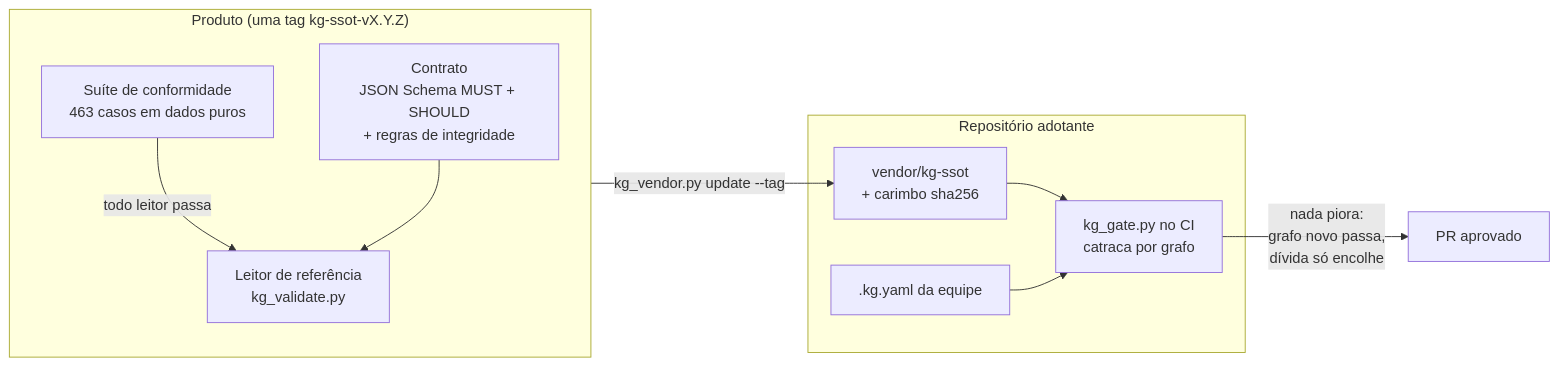
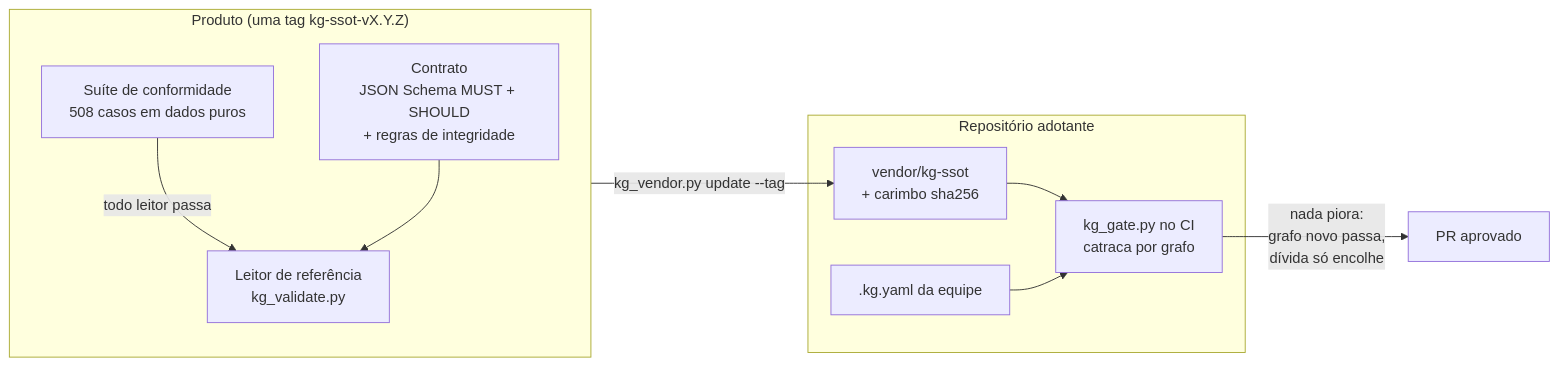
Before and after one commit to marciocar/kg-ssot: the diagram in README.pt-BR.md, drawn with Mermaid. The commit also changed other lines of this file and 75 other files, not shown here.

````diff
--- a/README.pt-BR.md
+++ b/README.pt-BR.md
@@ -140,19 +140,19 @@
 ```mermaid
 flowchart LR
   subgraph product["Produto (uma tag kg-ssot-vX.Y.Z)"]
     C["Contrato<br/>JSON Schema MUST + SHOULD<br/>+ regras de integridade"]
-    S["Suíte de conformidade<br/>463 casos em dados puros"]
+    S["Suíte de conformidade<br/>508 casos em dados puros"]
     R["Leitor de referência<br/>kg_validate.py"]
     S -- "todo leitor passa" --> R
     C --> R
   end
   subgraph adopter["Repositório adotante"]
     V["vendor/kg-ssot<br/>+ carimbo sha256"]
     G["kg_gate.py no CI<br/>catraca por grafo"]
     K[".kg.yaml da equipe"]
     V --> G
     K --> G
   end
   product -- "kg_vendor.py update --tag" --> V
   G -- "nada piora:<br/>grafo novo passa,<br/>dívida só encolhe" --> PR["PR aprovado"]
 ```
````
